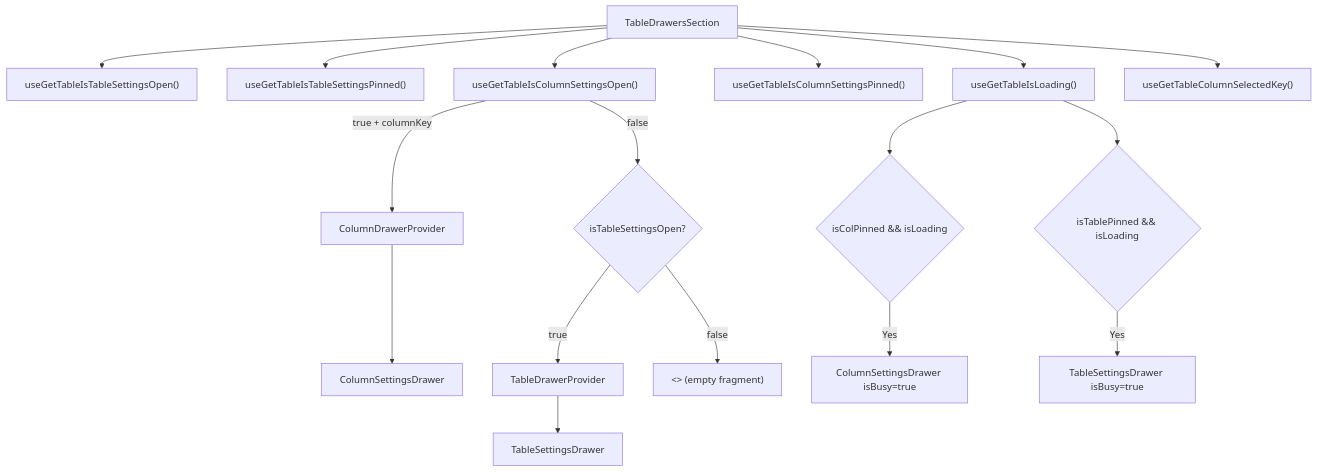
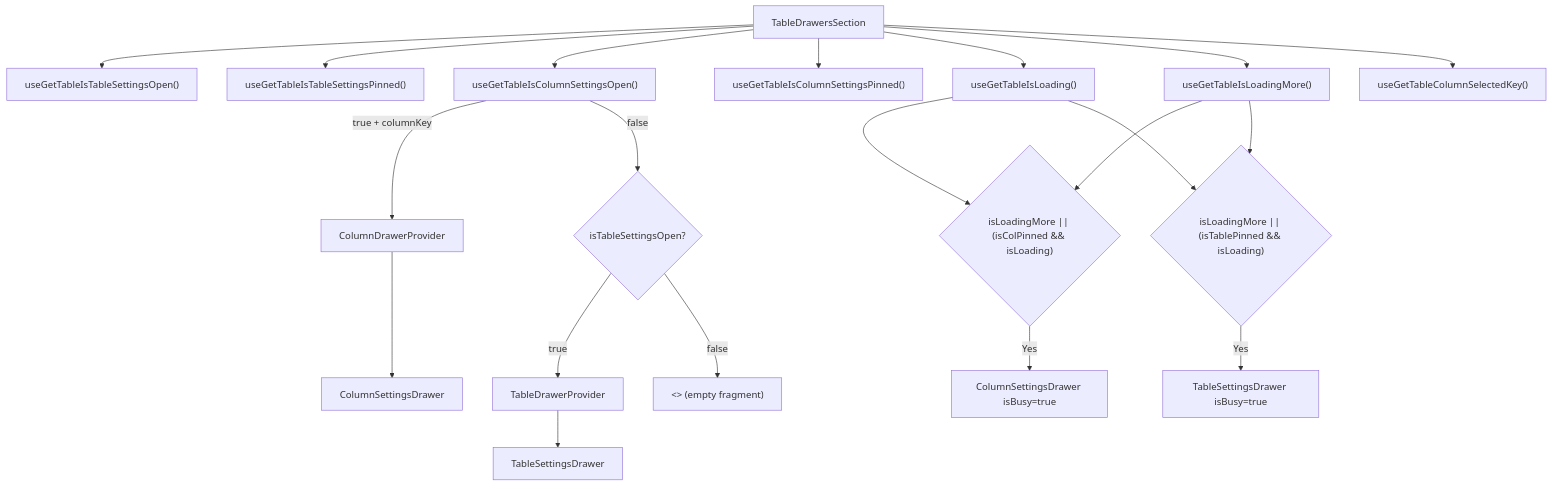
One commit to luciocabrera/lcabrera-stack changed the diagram in apps/react-router/src/components/Table/TableDrawersSection/ARCHITECTURE.md. Above: the diagram before and after it, drawn with Mermaid. The commit also changed other lines of this file and 3 other files, not shown here.

Commit message:
feat: enhance loading behavior in TableDrawersSection and update related tests and documentation

````diff
--- a/apps/react-router/src/components/Table/TableDrawersSection/ARCHITECTURE.md
+++ b/apps/react-router/src/components/Table/TableDrawersSection/ARCHITECTURE.md
@@ -18,22 +18,25 @@
 ```mermaid
 graph TD
   TDS["TableDrawersSection"] --> isTable["useGetTableIsTableSettingsOpen()"]
   TDS --> isTablePinned["useGetTableIsTableSettingsPinned()"]
   TDS --> isCol["useGetTableIsColumnSettingsOpen()"]
   TDS --> isColPinned["useGetTableIsColumnSettingsPinned()"]
   TDS --> isLoading["useGetTableIsLoading()"]
+  TDS --> isLoadingMore["useGetTableIsLoadingMore()"]
   TDS --> colKey["useGetTableColumnSelectedKey()"]
 
   isCol -->|"true + columnKey"| CDP["ColumnDrawerProvider"]
   CDP --> CSD["ColumnSettingsDrawer"]
-  isLoading --> CBusy{"isColPinned && isLoading"}
+  isLoadingMore --> CBusy{"isLoadingMore || (isColPinned && isLoading)"}
+  isLoading --> CBusy
   CBusy -->|Yes| CBusyProp["ColumnSettingsDrawer isBusy=true"]
 
   isCol -->|false| check2{"isTableSettingsOpen?"}
   check2 -->|true| TDP["TableDrawerProvider"]
   TDP --> TSD["TableSettingsDrawer"]
-  isLoading --> TBusy{"isTablePinned && isLoading"}
+  isLoadingMore --> TBusy{"isLoadingMore || (isTablePinned && isLoading)"}
+  isLoading --> TBusy
   TBusy -->|Yes| TBusyProp["TableSettingsDrawer isBusy=true"]
 
   check2 -->|false| empty["<> (empty fragment)"]
 ```
````
